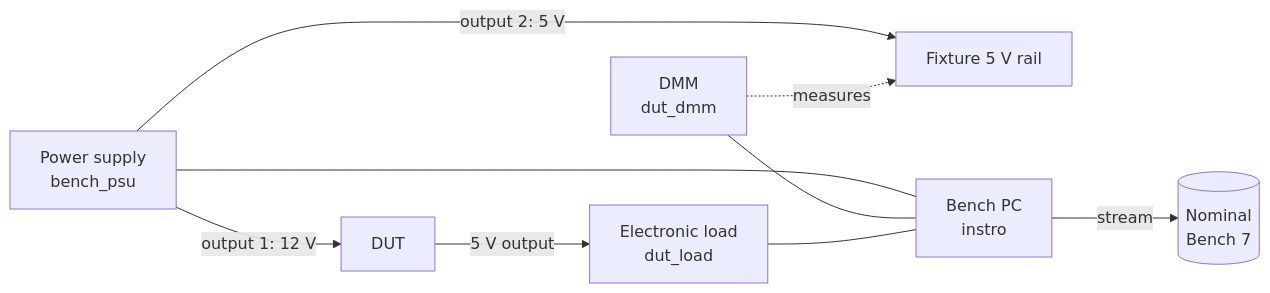
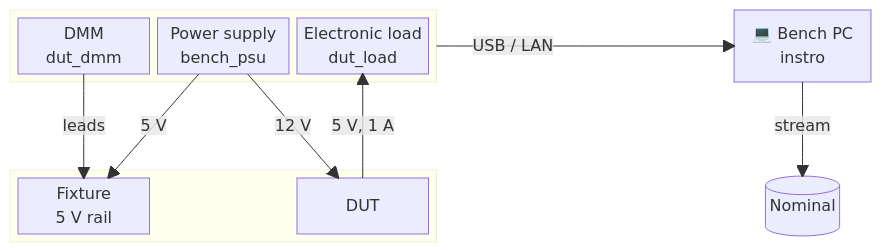
The diagram in notebooks/bench_bringup.md (nominal-io/nbdemo), drawn with Mermaid before and after one commit. The commit also changed other lines of this file and 2 other files, not shown here.

Commit message:
docs(bench): draw the bench's physical layout, blank empty check cells
Size Mermaid diagrams to their content, and draw the fullscreen button
as an icon in the bottom-right corner.

````diff
--- a/notebooks/bench_bringup.md
+++ b/notebooks/bench_bringup.md
@@ -31,17 +32,23 @@
 ```mermaid
-flowchart LR
-    psu["Power supply<br>bench_psu"]
-    dmm["DMM<br>dut_dmm"]
-    load["Electronic load<br>dut_load"]
-    dut["DUT"]
-    rail["Fixture 5 V rail"]
-    pc["Bench PC<br>instro"]
-    nominal[("Nominal<br>Bench 7")]
-
-    psu -- "output 1: 12 V" --> dut
-    psu -- "output 2: 5 V" --> rail
-    dmm -. "measures" .-> rail
-    dut -- "5 V output" --> load
-    psu & dmm & load --- pc
-    pc -- "stream" --> nominal
+block-beta
+  columns 6
+  block:shelf:3
+    columns 3
+    dmm["DMM<br>dut_dmm"] psu["Power supply<br>bench_psu"] load["Electronic load<br>dut_load"]
+  end
+  space:2
+  pc["💻 Bench PC<br>instro"]
+  space:6
+  block:fixture:3
+    columns 3
+    rail["Fixture<br>5 V rail"] space dut["DUT"]
+  end
+  space:2
+  nominal[("Nominal")]
+  dmm -- "leads" --> rail
+  psu -- "5 V" --> rail
+  psu -- "12 V" --> dut
+  dut -- "5 V, 1 A" --> load
+  shelf -- "USB / LAN" --> pc
+  pc -- "stream" --> nominal
 ```
````
